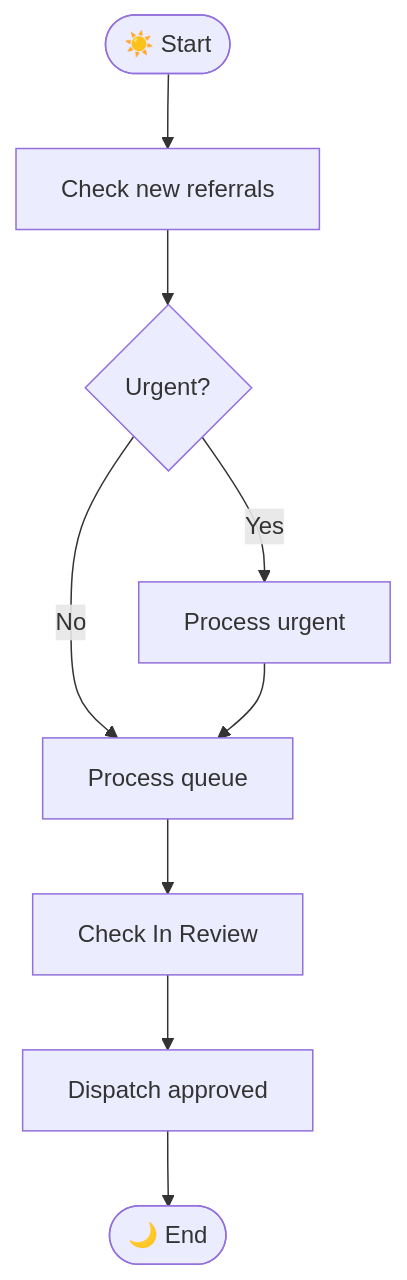
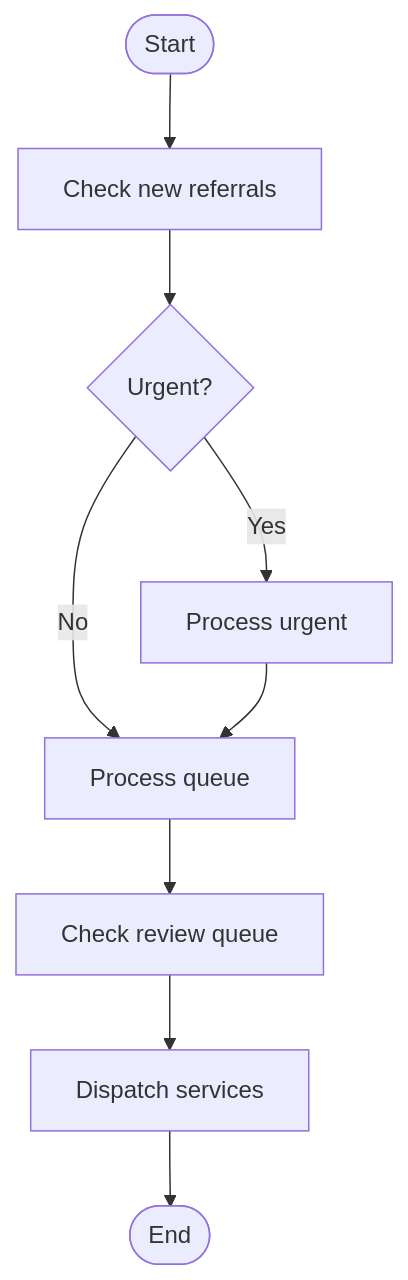
One commit to manaaki-tech/manaakicare-docs changed the fourth of 6 diagrams in docs/getting-started/workflow-overview.mdx. Above: the diagram before and after it, drawn with Mermaid. The commit also changed other lines of this file, not shown here.

````diff
--- a/docs/getting-started/workflow-overview.mdx
+++ b/docs/getting-started/workflow-overview.mdx
@@ -197,20 +233,20 @@
 ```mermaid
 flowchart TB
-    start(["☀️ Start"])
+    start(["Start"])
     check["Check new referrals"]
     urgent{"Urgent?"}
     process_urgent["Process urgent"]
     process_queue["Process queue"]
-    review["Check In Review"]
-    dispatch["Dispatch approved"]
-    end_day(["🌙 End"])
+    review["Check review queue"]
+    dispatch["Dispatch services"]
+    end_day(["End"])
 
     start --> check
     check --> urgent
     urgent -->|"Yes"| process_urgent
     urgent -->|"No"| process_queue
     process_urgent --> process_queue
     process_queue --> review
     review --> dispatch
     dispatch --> end_day
 ```
````
